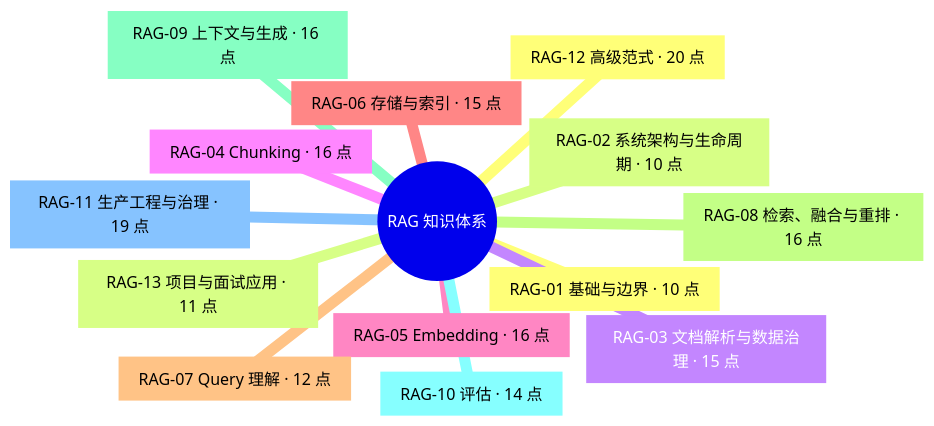
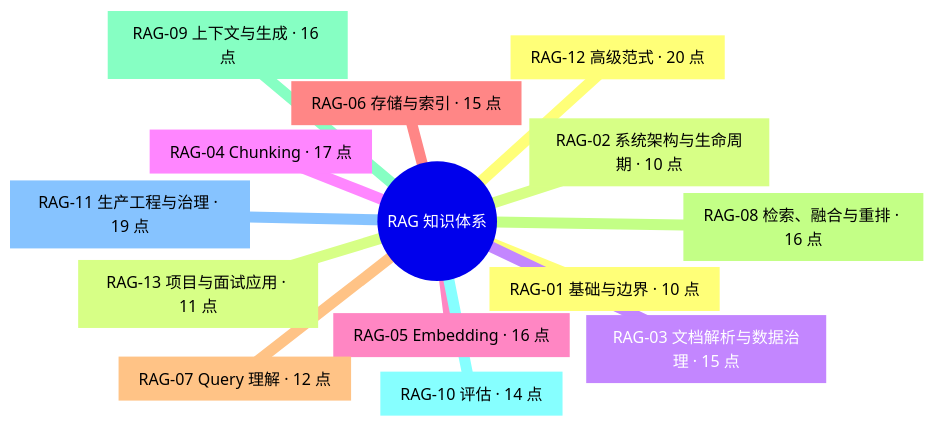
The diagram in learning/rag/draft-overview.md (SodaWWater/AI-Learn), drawn with Mermaid before and after one commit. The commit also changed 11 other files, not shown here.

````diff
--- a/learning/rag/draft-overview.md
+++ b/learning/rag/draft-overview.md
@@ -5,17 +5,17 @@
 ```mermaid
 mindmap
   root(("RAG 知识体系"))
     RAG_01["RAG-01 基础与边界 · 10 点"]
     RAG_02["RAG-02 系统架构与生命周期 · 10 点"]
     RAG_03["RAG-03 文档解析与数据治理 · 15 点"]
-    RAG_04["RAG-04 Chunking · 16 点"]
+    RAG_04["RAG-04 Chunking · 17 点"]
     RAG_05["RAG-05 Embedding · 16 点"]
     RAG_06["RAG-06 存储与索引 · 15 点"]
     RAG_07["RAG-07 Query 理解 · 12 点"]
     RAG_08["RAG-08 检索、融合与重排 · 16 点"]
     RAG_09["RAG-09 上下文与生成 · 16 点"]
     RAG_10["RAG-10 评估 · 14 点"]
     RAG_11["RAG-11 生产工程与治理 · 19 点"]
     RAG_12["RAG-12 高级范式 · 20 点"]
     RAG_13["RAG-13 项目与面试应用 · 11 点"]
 ```
````
